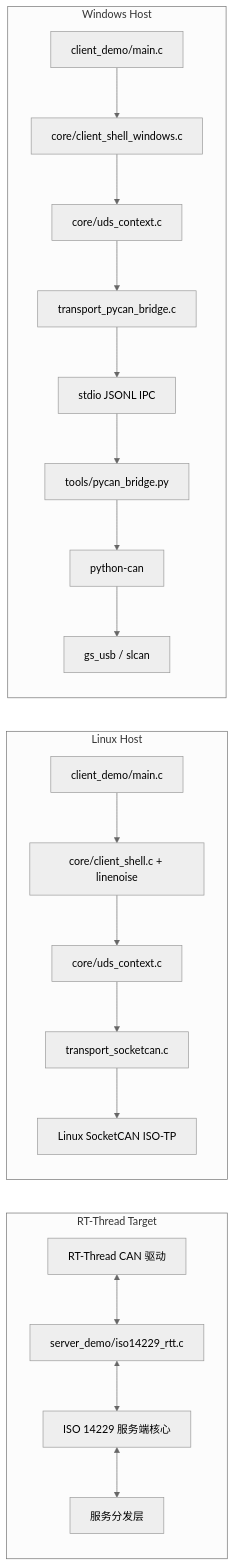
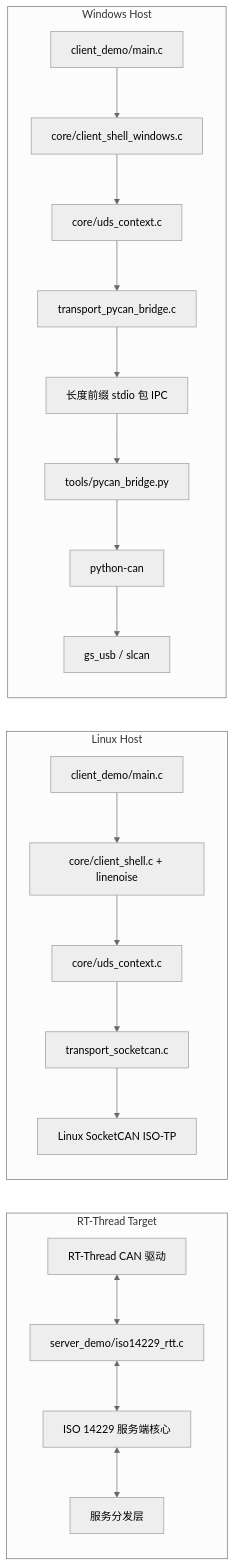
Before and after one commit to wdfk-prog/iso14229: the diagram in examples/rtt_server/README_ZN.md, drawn with Mermaid (neutral theme). The commit also changed 10 other files, not shown here.

````diff
--- a/examples/rtt_server/README_ZN.md
+++ b/examples/rtt_server/README_ZN.md
@@ -120,33 +120,33 @@
 ```mermaid
 flowchart LR
     subgraph Server[RT-Thread Target]
         CANDRV[RT-Thread CAN 驱动]
         RTTADP[server_demo/iso14229_rtt.c]
         SVCDISP[服务分发层]
         UDS_SRV[ISO 14229 服务端核心]
         CANDRV <--> RTTADP
         RTTADP <--> UDS_SRV
         UDS_SRV <--> SVCDISP
     end
 
     subgraph Linux[Linux Host]
         LCLI[client_demo/main.c]
         LSHELL[core/client_shell.c + linenoise]
         LCTX[core/uds_context.c]
         LTP[transport_socketcan.c]
         KISOTP[Linux SocketCAN ISO-TP]
         LCLI --> LSHELL --> LCTX --> LTP --> KISOTP
     end
 
     subgraph Windows[Windows Host]
         WCLI[client_demo/main.c]
         WSHELL[core/client_shell_windows.c]
         WCTX[core/uds_context.c]
         WTP[transport_pycan_bridge.c]
-        IPC[stdio JSONL IPC]
+        IPC[长度前缀 stdio 包 IPC]
         PYBRIDGE[tools/pycan_bridge.py]
         PYCAN[python-can]
         DEV[gs_usb / slcan]
         WCLI --> WSHELL --> WCTX --> WTP --> IPC --> PYBRIDGE --> PYCAN --> DEV
     end
 ```
````
